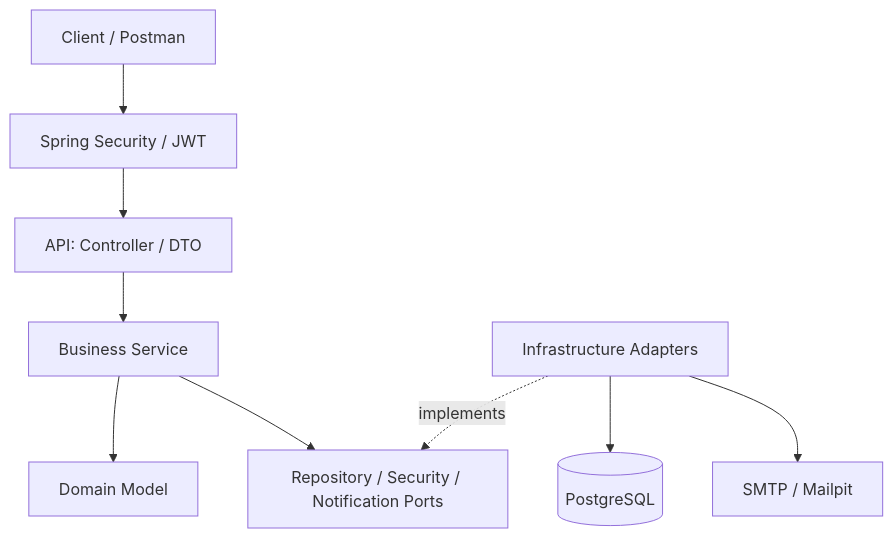
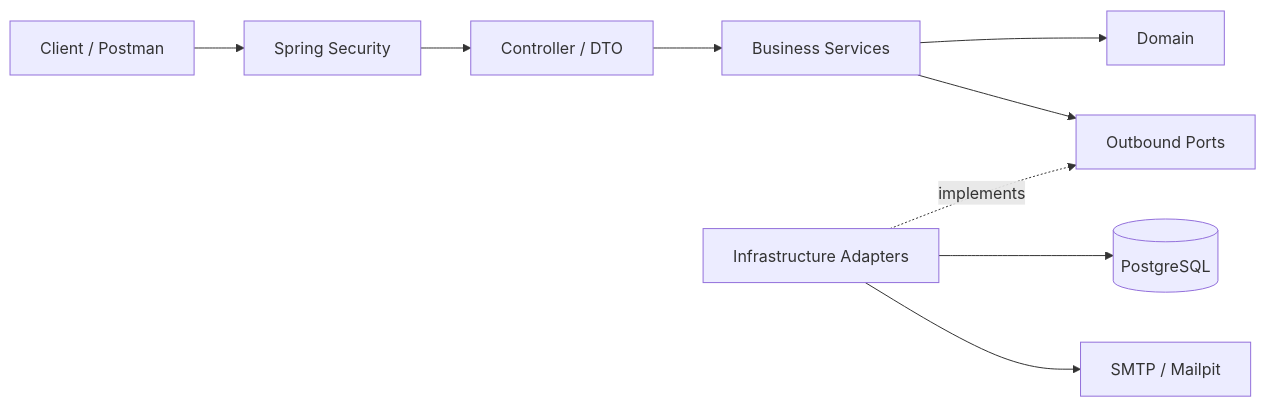
The diagram in README.md (BuiHuy16/Bus-booking-system), drawn with Mermaid before and after one commit. The commit also changed other lines of this file and 6 other files, not shown here.

````diff
--- a/README.md
+++ b/README.md
@@ -47,11 +38,11 @@
 ```mermaid
-flowchart TB
-    C[Client / Postman] --> S[Spring Security / JWT]
-    S --> A[API: Controller / DTO]
-    A --> B[Business Service]
-    B --> D[Domain Model]
-    B --> P[Repository / Security / Notification Ports]
-    I[Infrastructure Adapters] -.->|implements| P
-    I --> DB[(PostgreSQL)]
-    I --> E[SMTP / Mailpit]
+flowchart LR
+    Client[Client / Postman] --> Security[Spring Security]
+    Security --> API[Controller / DTO]
+    API --> Business[Business Services]
+    Business --> Domain[Domain]
+    Business --> Ports[Outbound Ports]
+    Adapter[Infrastructure Adapters] -.->|implements| Ports
+    Adapter --> DB[(PostgreSQL)]
+    Adapter --> SMTP[SMTP / Mailpit]
 ```
````
